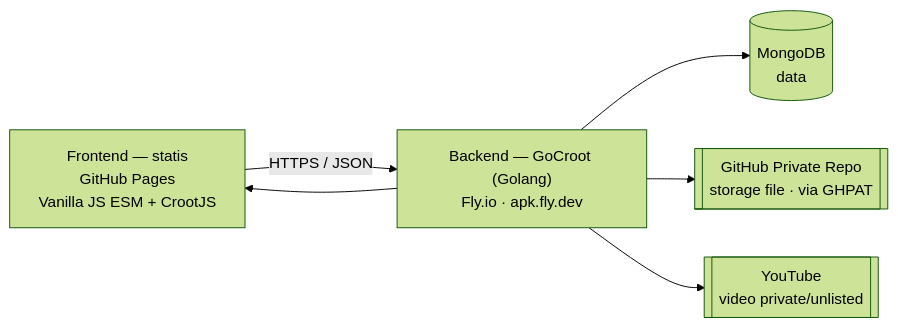
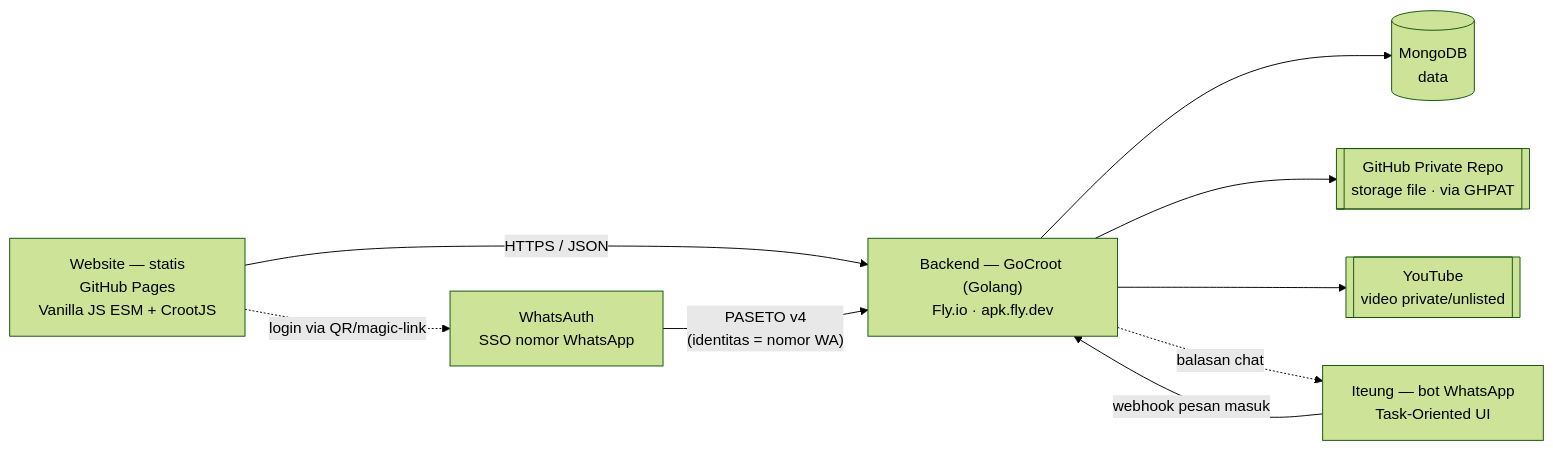
The first of 2 diagrams in README.md (platformdigitalbandung/platformdigitalbandung.github.io), drawn with Mermaid (forest theme) before and after one commit. The commit also changed other lines of this file, not shown here.

Commit message:
docs: tambah arsitektur dua-kanal (web + Iteung) dan pipeline WhatsAuth/Iteung

````diff
--- a/README.md
+++ b/README.md
@@ -40,14 +46,19 @@
 ```mermaid
 flowchart LR
-    A["Frontend — statis\nGitHub Pages\nVanilla JS ESM + CrootJS"]
+    W["Website — statis\nGitHub Pages\nVanilla JS ESM + CrootJS"]
+    I["Iteung — bot WhatsApp\nTask-Oriented UI"]
+    AU["WhatsAuth\nSSO nomor WhatsApp"]
     B["Backend — GoCroot (Golang)\nFly.io · apk.fly.dev"]
     C[("MongoDB\ndata")]
     D[["GitHub Private Repo\nstorage file · via GHPAT"]]
     E[["YouTube\nvideo private/unlisted"]]
 
-    A -- "HTTPS / JSON" --> B
-    B --> A
+    W -- "HTTPS / JSON" --> B
+    I -- "webhook pesan masuk" --> B
+    W -. "login via QR/magic-link" .-> AU
+    AU -- "PASETO v4\n(identitas = nomor WA)" --> B
     B --> C
     B --> D
     B --> E
+    B -. "balasan chat" .-> I
 ```
````
